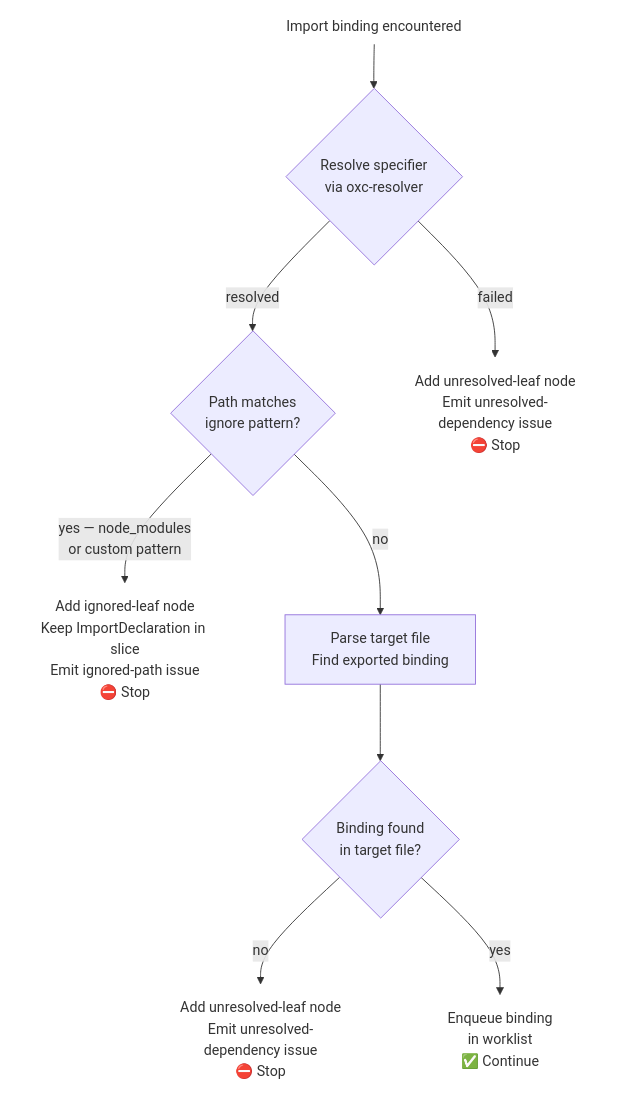
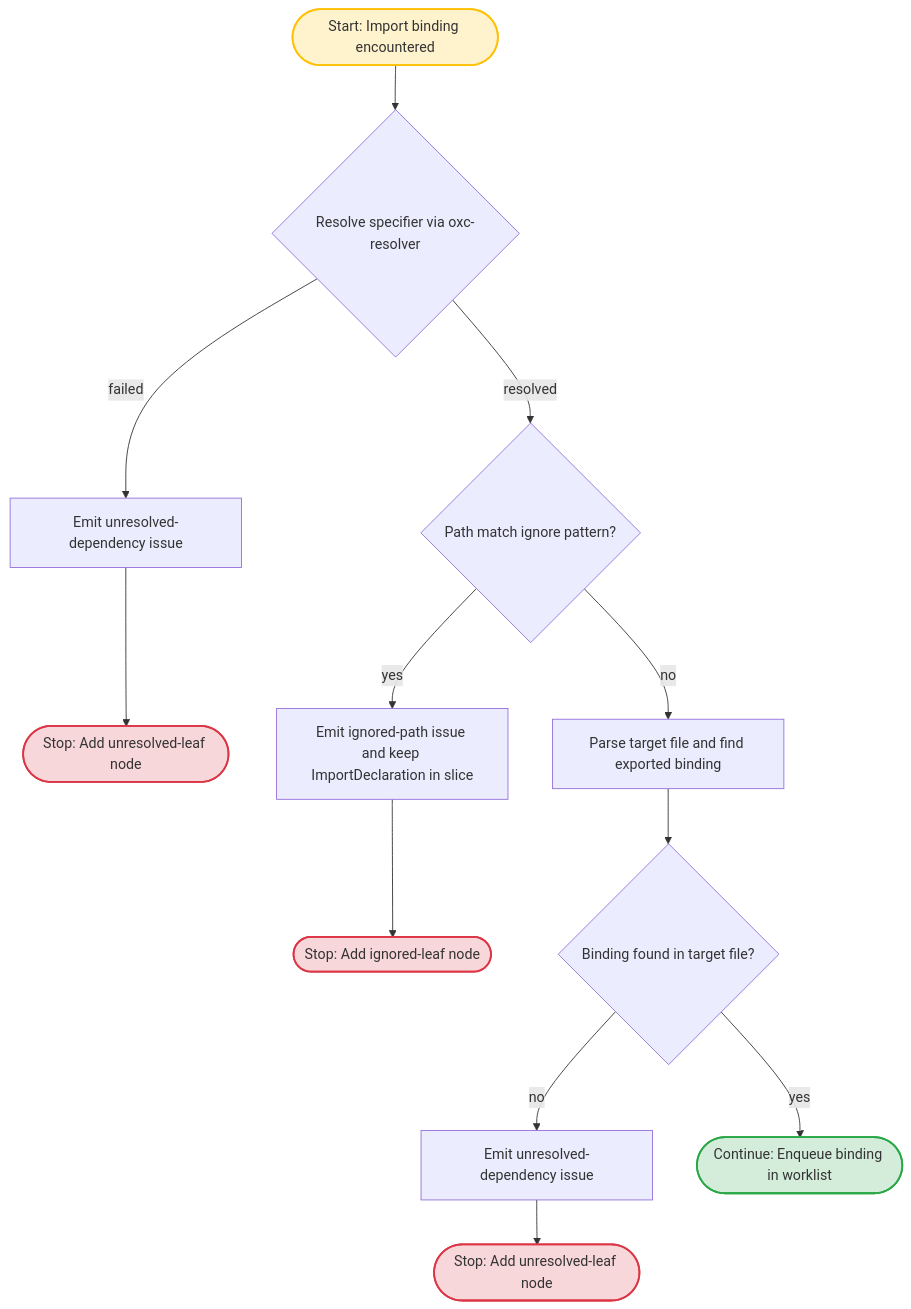
Before and after one commit to soranoo/lineage: the second of 3 diagrams in README.md, drawn with Mermaid. The commit also changed other lines of this file, not shown here.

````diff
--- a/README.md
+++ b/README.md
@@ -174,20 +362,28 @@
 ```mermaid
 flowchart TD
-    A([Import binding encountered]) --> B{Resolve specifier\nvia oxc-resolver}
+    Start([Start: Import binding encountered]) --> B{Resolve specifier via oxc-resolver}
 
-    B -->|resolved| C{Path matches\nignore pattern?}
-    B -->|failed| D[Add unresolved-leaf node\nEmit unresolved-dependency issue\n⛔ Stop]
+    B -->|failed| D[Emit unresolved-dependency issue]
+    D --> EndUnresolved([Stop: Add unresolved-leaf node])
 
-    C -->|yes — node_modules\nor custom pattern| E[Add ignored-leaf node\nKeep ImportDeclaration in slice\nEmit ignored-path issue\n⛔ Stop]
-    C -->|no| F[Parse target file\nFind exported binding]
+    B -->|resolved| C{Path match ignore pattern?}
+    
+    C -->|yes| E[Emit ignored-path issue and keep ImportDeclaration in slice]
+    E --> EndIgnored([Stop: Add ignored-leaf node])
 
-    F --> G{Binding found\nin target file?}
-    G -->|no| H[Add unresolved-leaf node\nEmit unresolved-dependency issue\n⛔ Stop]
-    G -->|yes| I[Enqueue binding\nin worklist\n✅ Continue]
+    C -->|no| F[Parse target file and find exported binding]
 
-    style A fill:transparent,stroke:transparent
-    style D fill:transparent,stroke:transparent
-    style E fill:transparent,stroke:transparent
-    style H fill:transparent,stroke:transparent
-    style I fill:transparent,stroke:transparent
+    F --> G{Binding found in target file?}
+    
+    G -->|no| H[Emit unresolved-dependency issue]
+    H --> EndNotFound([Stop: Add unresolved-leaf node])
+    
+    G -->|yes| I([Continue: Enqueue binding in worklist])
+
+    %% Styling for consistent look
+    style Start fill:#fff3cd,stroke:#ffc107,stroke-width:2px
+    style I fill:#d4edda,stroke:#28a745,stroke-width:2px
+    style EndUnresolved fill:#f8d7da,stroke:#dc3545,stroke-width:2px
+    style EndIgnored fill:#f8d7da,stroke:#dc3545,stroke-width:2px
+    style EndNotFound fill:#f8d7da,stroke:#dc3545,stroke-width:2px
 ```
````
